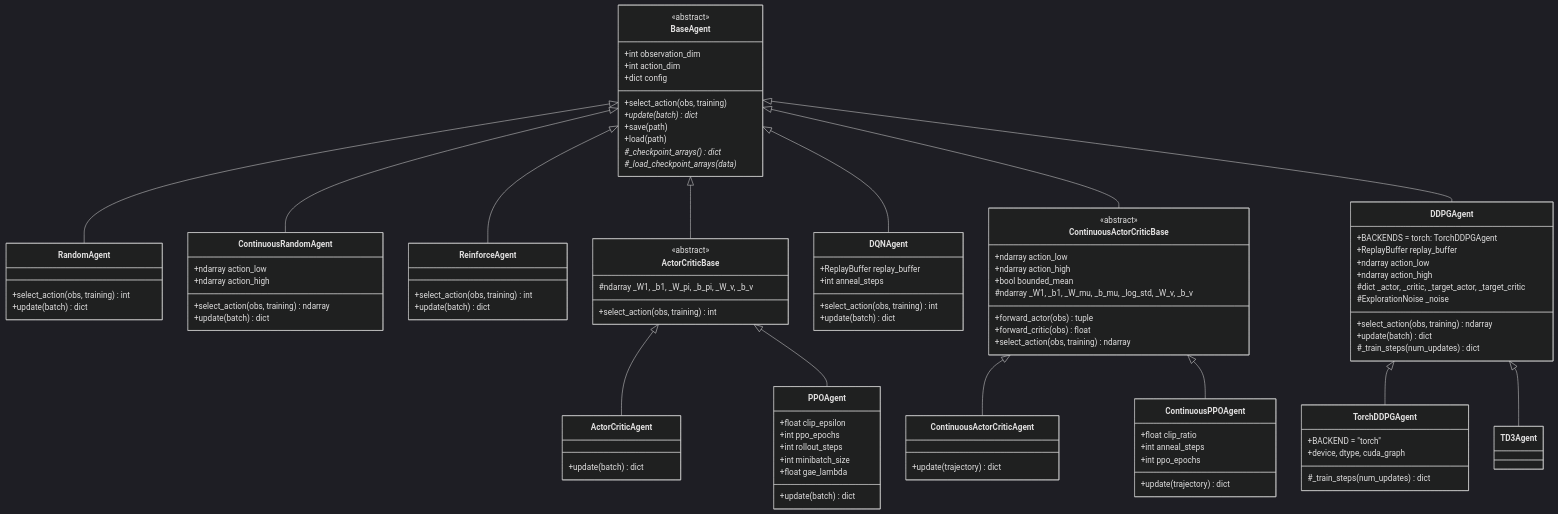
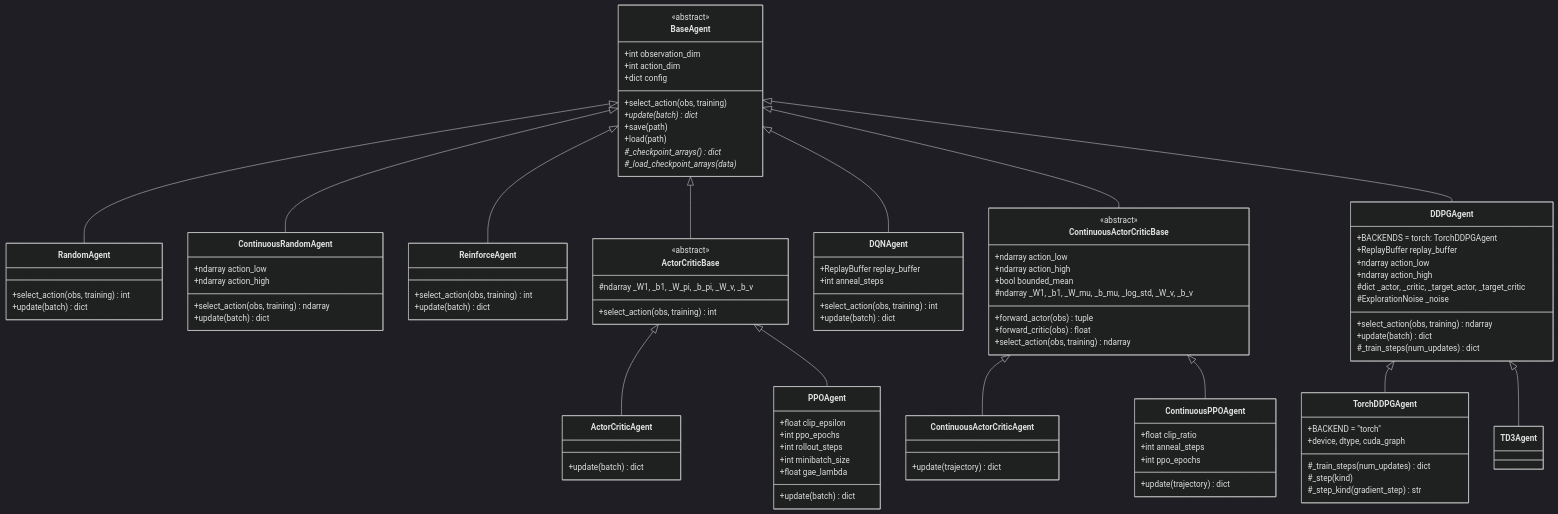
Before and after one commit to andreijw/AI: the second of 3 diagrams in ARCHITECTURE.md, drawn with Mermaid (dark theme). The commit also changed other lines of this file and 9 other files, not shown here.

```diff
--- a/ARCHITECTURE.md
+++ b/ARCHITECTURE.md
@@ -232,6 +232,8 @@
         +BACKEND = "torch"
         +device, dtype, cuda_graph
         #_train_steps(num_updates) dict
+        #_step(kind)
+        #_step_kind(gradient_step) str
     }
 
     class DDPGAgent {
```
